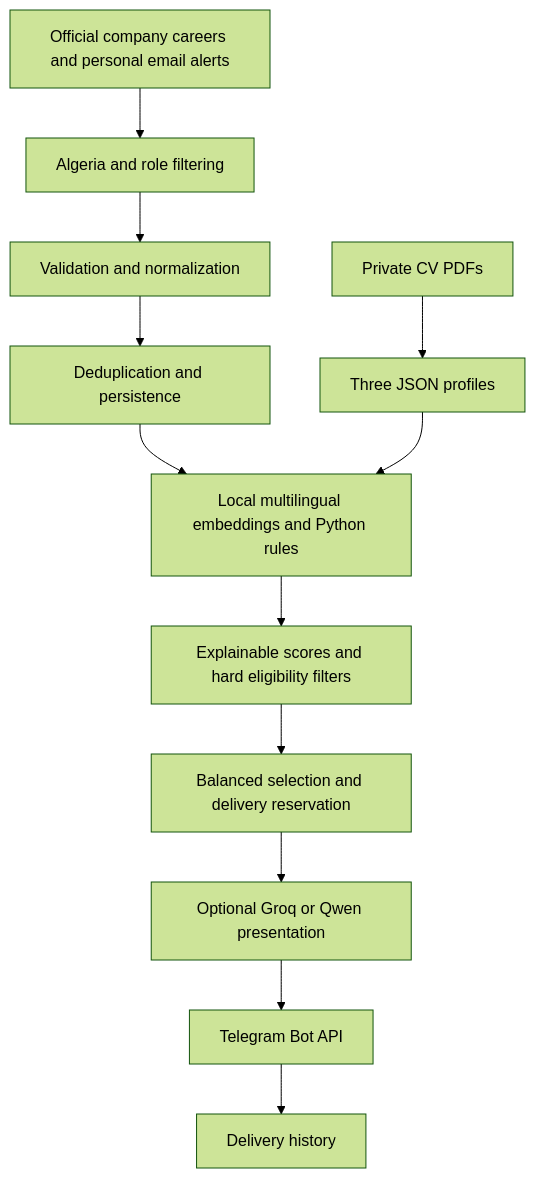
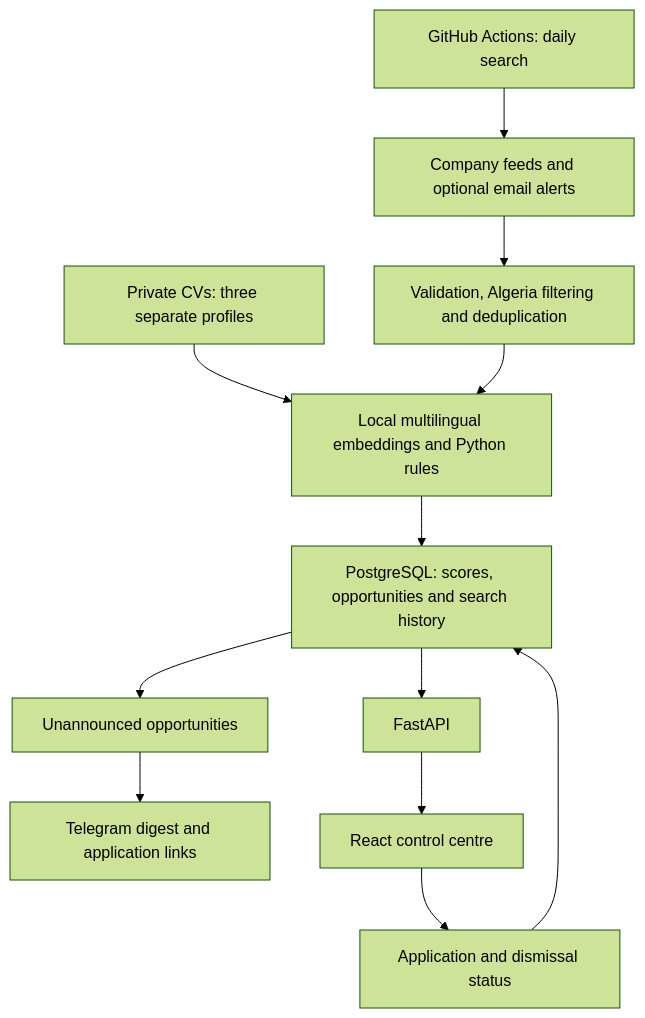
The diagram in README.md (BachtarziMounderr/Job_hunter), drawn with Mermaid (forest theme) before and after one commit. The commit also changed other lines of this file, not shown here.

Commit message:
Present technical architecture and validated results for the project portfolio

````diff
--- a/README.md
+++ b/README.md
@@ -56,14 +72,14 @@
 ```mermaid
 flowchart TD
-    A[Official company careers and personal email alerts] --> B[Algeria and role filtering]
-    B --> C[Validation and normalization]
-    C --> D[Deduplication and persistence]
-    E[Private CV PDFs] --> F[Three JSON profiles]
-    D --> G[Local multilingual embeddings and Python rules]
-    F --> G
-    G --> H[Explainable scores and hard eligibility filters]
-    H --> I[Balanced selection and delivery reservation]
-    I --> J[Optional Groq or Qwen presentation]
-    J --> K[Telegram Bot API]
-    K --> L[Delivery history]
+    Schedule["GitHub Actions: daily search"] --> Collect["Company feeds and optional email alerts"]
+    Collect --> Normalize["Validation, Algeria filtering and deduplication"]
+    Profiles["Private CVs: three separate profiles"] --> Match["Local multilingual embeddings and Python rules"]
+    Normalize --> Match
+    Match --> Store["PostgreSQL: scores, opportunities and search history"]
+    Store --> Digest["Unannounced opportunities"]
+    Digest --> Telegram["Telegram digest and application links"]
+    Store --> API["FastAPI"]
+    API --> Dashboard["React control centre"]
+    Dashboard --> State["Application and dismissal status"]
+    State --> Store
 ```
````
